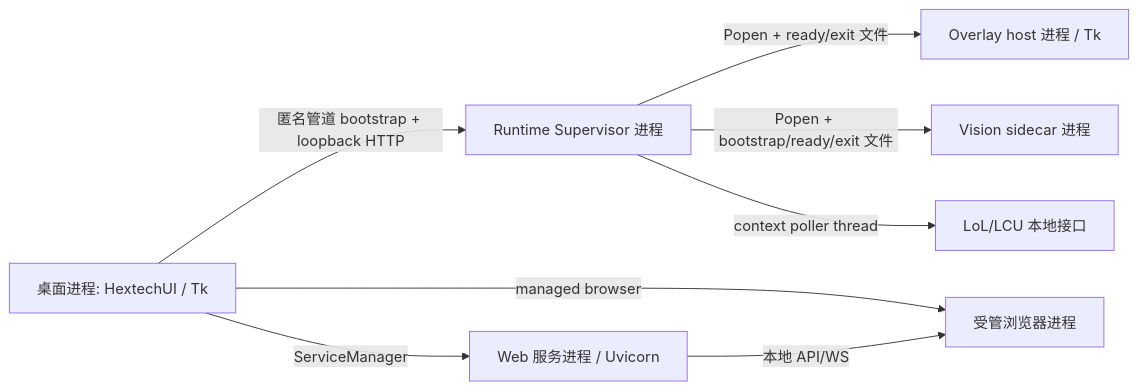
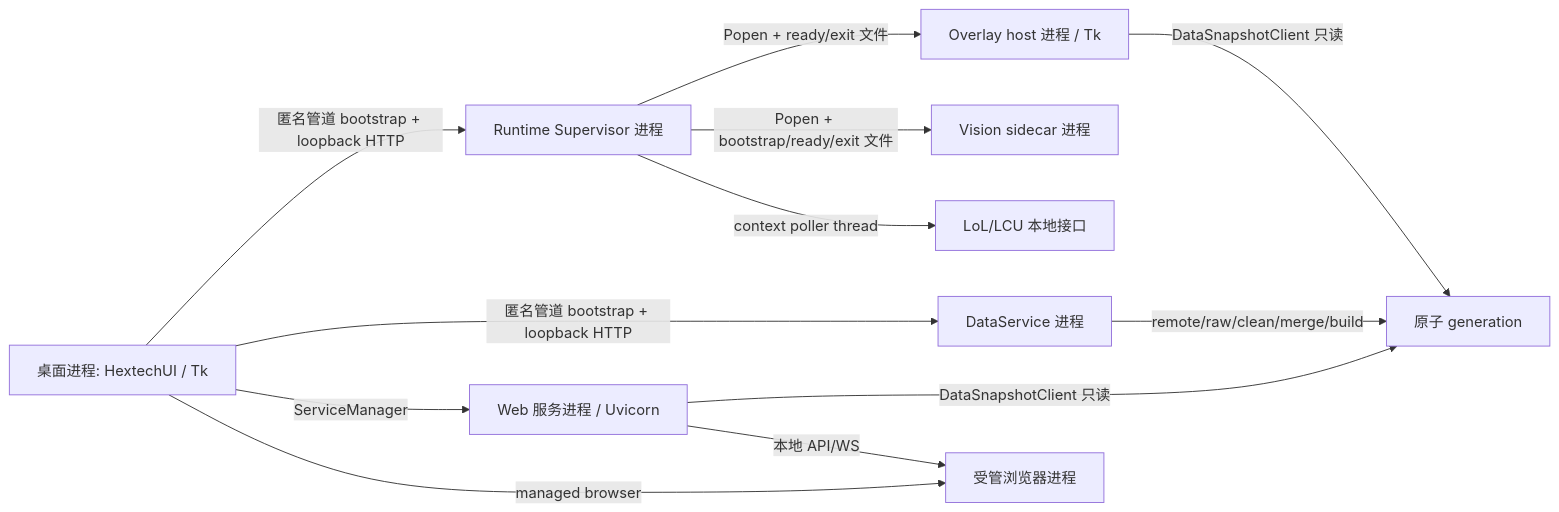
One commit to fadfasfa/claude-code-test changed the first of 2 diagrams in run/docs/system-design.md. Above: the diagram before and after it, drawn with Mermaid. The commit also changed other lines of this file and 56 other files, not shown here.

````diff
--- a/run/docs/system-design.md
+++ b/run/docs/system-design.md
@@ -46,18 +48,23 @@
 ```mermaid
 flowchart LR
     UI["桌面进程: HextechUI / Tk"]
     SUP["Runtime Supervisor 进程"]
+    DATA["DataService 进程"]
     HOST["Overlay host 进程 / Tk"]
     SIDE["Vision sidecar 进程"]
     WEB["Web 服务进程 / Uvicorn"]
     BROWSER["受管浏览器进程"]
     LCU["LoL/LCU 本地接口"]
 
     UI -->|匿名管道 bootstrap + loopback HTTP| SUP
+    UI -->|匿名管道 bootstrap + loopback HTTP| DATA
     SUP -->|Popen + ready/exit 文件| HOST
     SUP -->|Popen + bootstrap/ready/exit 文件| SIDE
     UI -->|ServiceManager| WEB
     UI -->|managed browser| BROWSER
     SUP -->|context poller thread| LCU
+    DATA -->|remote/raw/clean/merge/build| SNAP["原子 generation"]
+    HOST -->|DataSnapshotClient 只读| SNAP
+    WEB -->|DataSnapshotClient 只读| SNAP
     WEB -->|本地 API/WS| BROWSER
 ```
````
